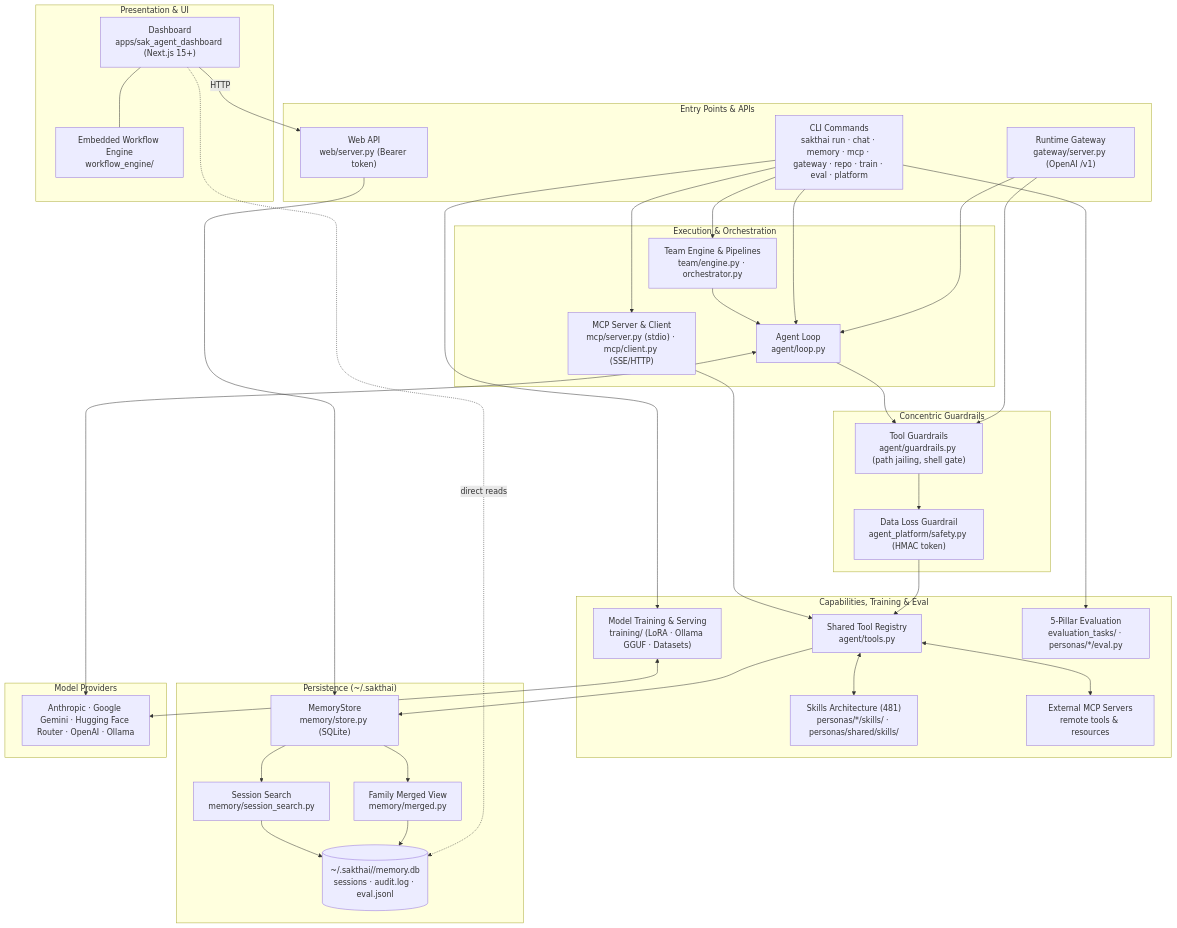
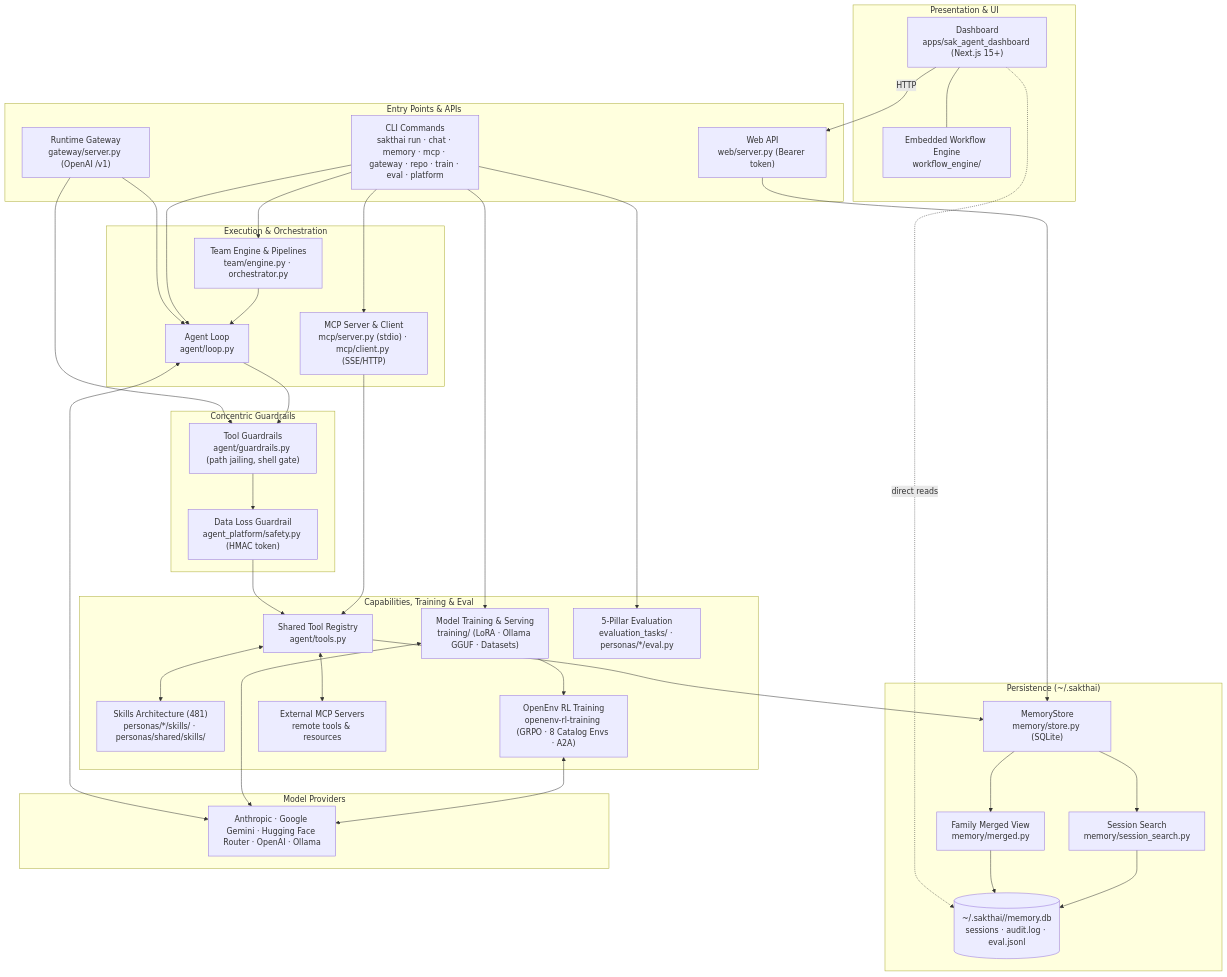
The diagram in README.md (beer-sakthai/Sak-Family-Agent), drawn with Mermaid before and after one commit. The commit also changed other lines of this file and 1 other file, not shown here.

Commit message:
docs(readme): document openenv-rl-training capabilities in Sak-Family-Agent

````diff
--- a/README.md
+++ b/README.md
@@ -138,65 +140,68 @@
 ```mermaid
 flowchart TD
     subgraph Presentation ["Presentation & UI"]
         DASH["Dashboard<br/>apps/sak_agent_dashboard (Next.js 15+)"]
         ENG["Embedded Workflow Engine<br/>workflow_engine/"]
         DASH --- ENG
     end
 
     subgraph Entrypoints ["Entry Points & APIs"]
         GATEWAY["Runtime Gateway<br/>gateway/server.py (OpenAI /v1)"]
         WEB["Web API<br/>web/server.py (Bearer token)"]
         CLI["CLI Commands<br/>sakthai run · chat · memory · mcp · gateway · repo · train · eval · platform"]
     end
 
     subgraph Execution ["Execution & Orchestration"]
         LOOP["Agent Loop<br/>agent/loop.py"]
         TEAM["Team Engine & Pipelines<br/>team/engine.py · orchestrator.py"]
         MCP["MCP Server & Client<br/>mcp/server.py (stdio) · mcp/client.py (SSE/HTTP)"]
     end
 
     subgraph Safety ["Concentric Guardrails"]
         GUARD["Tool Guardrails<br/>agent/guardrails.py (path jailing, shell gate)"]
         SAFE["Data Loss Guardrail<br/>agent_platform/safety.py (HMAC token)"]
     end
 
     subgraph Capabilities ["Capabilities, Training & Eval"]
         TOOLS["Shared Tool Registry<br/>agent/tools.py"]
         SKILLS["Skills Architecture (481)<br/>personas/*/skills/ · personas/shared/skills/"]
         TRAIN["Model Training & Serving<br/>training/ (LoRA · Ollama GGUF · Datasets)"]
+        OPENENV["OpenEnv RL Training<br/>openenv-rl-training (GRPO · 8 Catalog Envs · A2A)"]
         EVAL["5-Pillar Evaluation<br/>evaluation_tasks/ · personas/*/eval.py"]
         EXT["External MCP Servers<br/>remote tools & resources"]
     end
 
     subgraph Storage ["Persistence (~/.sakthai)"]
         STORE["MemoryStore<br/>memory/store.py (SQLite)"]
         SEARCH["Session Search<br/>memory/session_search.py"]
         FAMILY["Family Merged View<br/>memory/merged.py"]
         HOME[("~/.sakthai/<persona>/memory.db<br/>sessions · audit.log · eval.jsonl")]
     end
 
     subgraph Providers ["Model Providers"]
         PROV["Anthropic · Google Gemini · Hugging Face Router · OpenAI · Ollama"]
     end
 
     DASH -- HTTP --> WEB
     DASH -. direct reads .-> HOME
     GATEWAY --> LOOP
     GATEWAY --> GUARD
     WEB --> STORE
     CLI --> LOOP
     CLI --> TEAM
     CLI --> MCP
     CLI --> TRAIN
     CLI --> EVAL
+    TRAIN --> OPENENV
     LOOP <--> PROV
     LOOP --> GUARD --> SAFE --> TOOLS
     TEAM --> LOOP
     MCP --> TOOLS
     TRAIN <--> PROV
+    OPENENV <--> PROV
     TOOLS <--> EXT
     TOOLS <--> SKILLS
     TOOLS --> STORE
     STORE --> FAMILY --> HOME
     STORE --> SEARCH --> HOME
 ```
````
